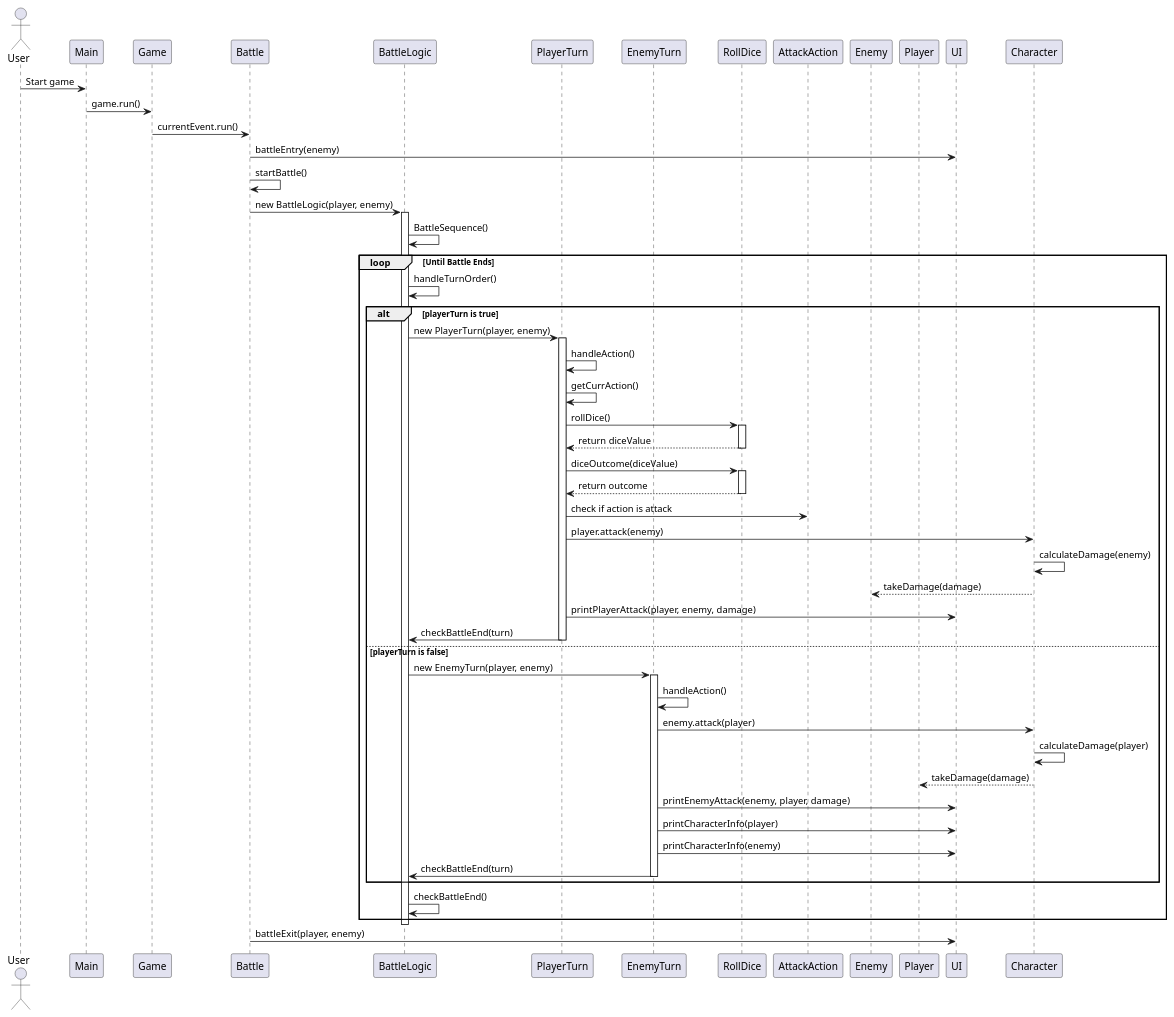
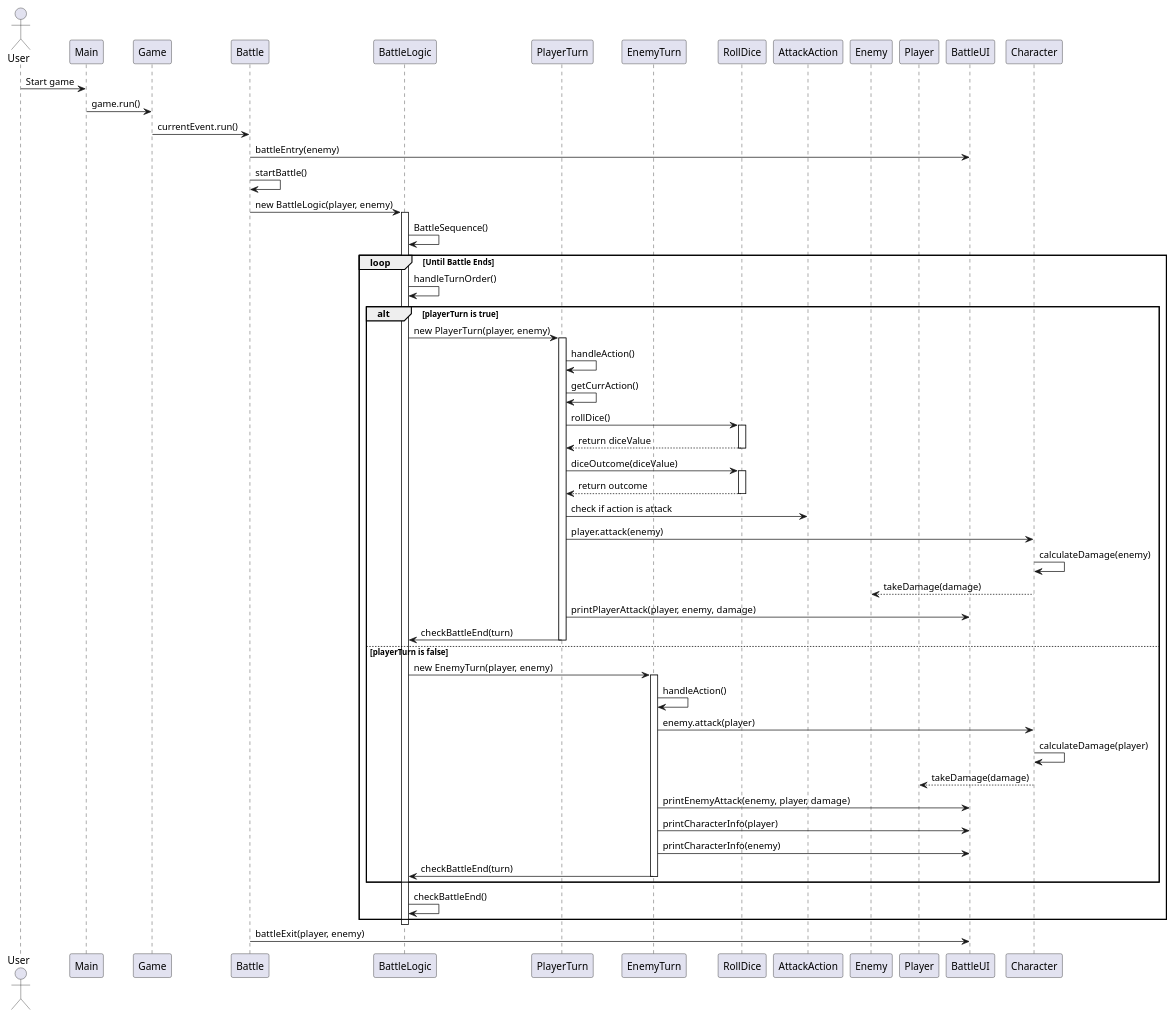
Before and after one commit to zavsky/tp: the diagram in docs/uml/attackSequence.puml, drawn with PlantUML. The commit also changed 4 other files, not shown here.

Commit message:
Added LootSequence and shopSequence

```diff
--- a/docs/uml/attackSequence.puml
+++ b/docs/uml/attackSequence.puml
@@ -1,80 +1,80 @@
 @startuml
 
 actor User
 participant "Main" as Main
 participant "Game" as Game
 participant "Battle" as Battle
 participant "BattleLogic" as BattleLogic
 participant "PlayerTurn" as PlayerTurn
 participant "EnemyTurn" as EnemyTurn
 participant "RollDice" as RollDice
 participant "AttackAction" as AttackAction
 participant "Enemy" as Enemy
 participant "Player" as Player
-participant "UI" as UI
+participant "BattleUI" as BattleUI
 participant "Character" as Character
 
 User -> Main: Start game
 Main -> Game: game.run()
 Game -> Battle: currentEvent.run()
 
-Battle -> UI: battleEntry(enemy)
+Battle -> BattleUI: battleEntry(enemy)
 
 Battle -> Battle: startBattle()
 Battle -> BattleLogic: new BattleLogic(player, enemy)
 activate BattleLogic
 BattleLogic -> BattleLogic: BattleSequence()
 
 loop Until Battle Ends
     BattleLogic -> BattleLogic: handleTurnOrder()
 
     alt playerTurn is true
         BattleLogic -> PlayerTurn: new PlayerTurn(player, enemy)
         activate PlayerTurn
         PlayerTurn -> PlayerTurn: handleAction()
 
         PlayerTurn -> PlayerTurn: getCurrAction()
         PlayerTurn -> RollDice: rollDice()
 
         activate RollDice
         RollDice --> PlayerTurn: return diceValue
         deactivate RollDice
 
         PlayerTurn -> RollDice: diceOutcome(diceValue)
 
         activate RollDice
         RollDice --> PlayerTurn: return outcome
         deactivate RollDice
 
         PlayerTurn -> AttackAction: check if action is attack
         PlayerTurn -> Character: player.attack(enemy)
         Character -> Character: calculateDamage(enemy)
         Character --> Enemy: takeDamage(damage)
-        PlayerTurn -> UI: printPlayerAttack(player, enemy, damage)
+        PlayerTurn -> BattleUI: printPlayerAttack(player, enemy, damage)
 
         PlayerTurn -> BattleLogic: checkBattleEnd(turn)
         deactivate PlayerTurn
     else playerTurn is false
         BattleLogic -> EnemyTurn: new EnemyTurn(player, enemy)
         activate EnemyTurn
         EnemyTurn -> EnemyTurn: handleAction()
         EnemyTurn -> Character: enemy.attack(player)
         Character -> Character: calculateDamage(player)
         Character --> Player: takeDamage(damage)
 
-        EnemyTurn -> UI: printEnemyAttack(enemy, player, damage)
+        EnemyTurn -> BattleUI: printEnemyAttack(enemy, player, damage)
 
-        EnemyTurn -> UI: printCharacterInfo(player)
-        EnemyTurn -> UI: printCharacterInfo(enemy)
+        EnemyTurn -> BattleUI: printCharacterInfo(player)
+        EnemyTurn -> BattleUI: printCharacterInfo(enemy)
         EnemyTurn -> BattleLogic: checkBattleEnd(turn)
 
         deactivate EnemyTurn
     end
 
     BattleLogic -> BattleLogic: checkBattleEnd()
 end
 deactivate BattleLogic
 
-Battle -> UI: battleExit(player, enemy)
+Battle -> BattleUI: battleExit(player, enemy)
 
 @enduml
```
